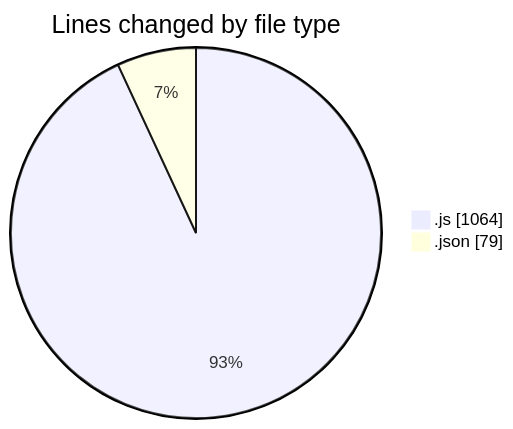
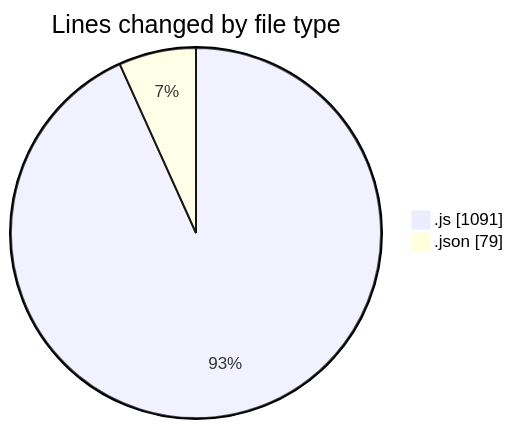
One commit to momahboobian/code-tracking changed the first of 2 diagrams in 2025-01-31/cda/README.md. Above: the diagram before and after it, drawn with Mermaid. The commit also changed other lines of this file and 1 other file, not shown here.

````diff
--- a/2025-01-31/cda/README.md
+++ b/2025-01-31/cda/README.md
@@ -26,6 +26,6 @@
 ```mermaid
 pie showData
 title Lines changed by file type
-".js" : 1064
+".js" : 1091
 ".json" : 79
 ```
````
